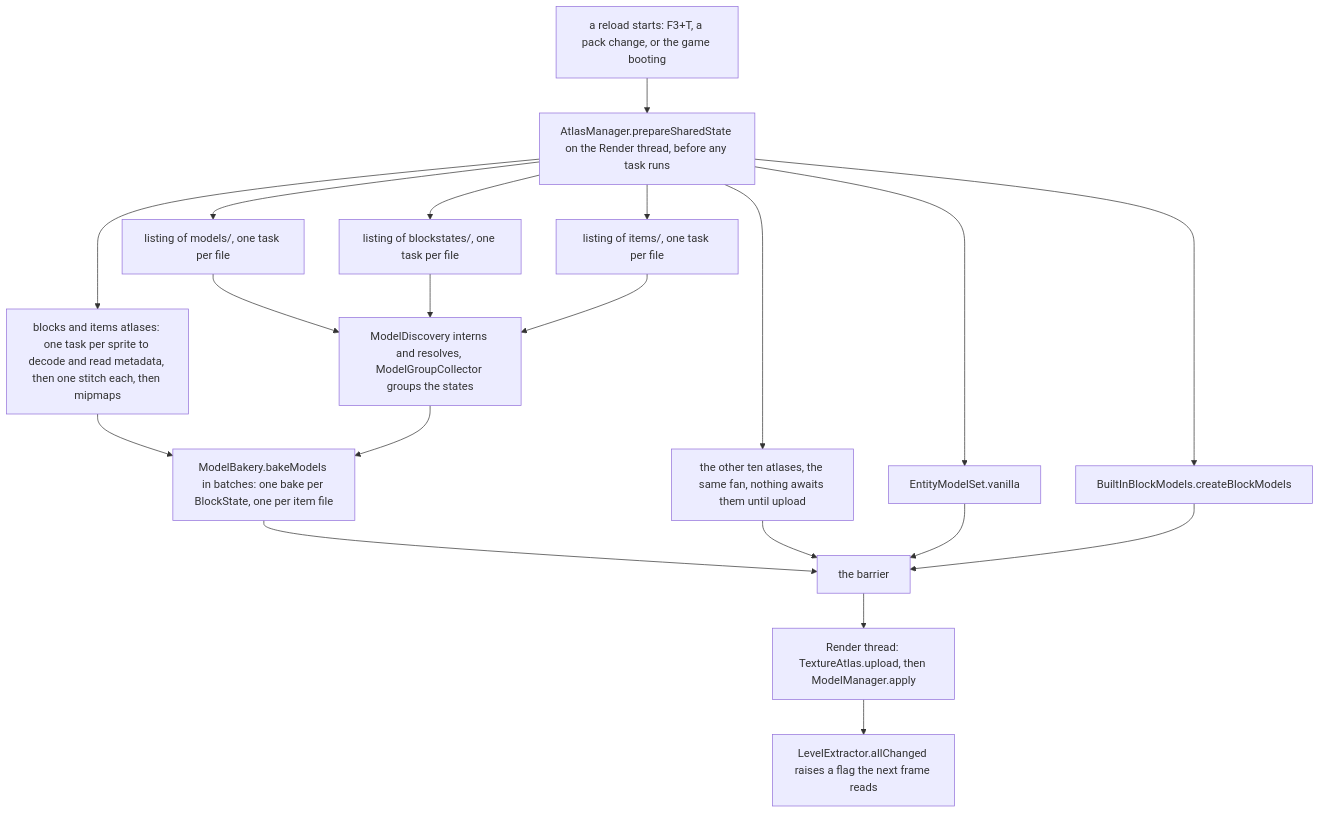
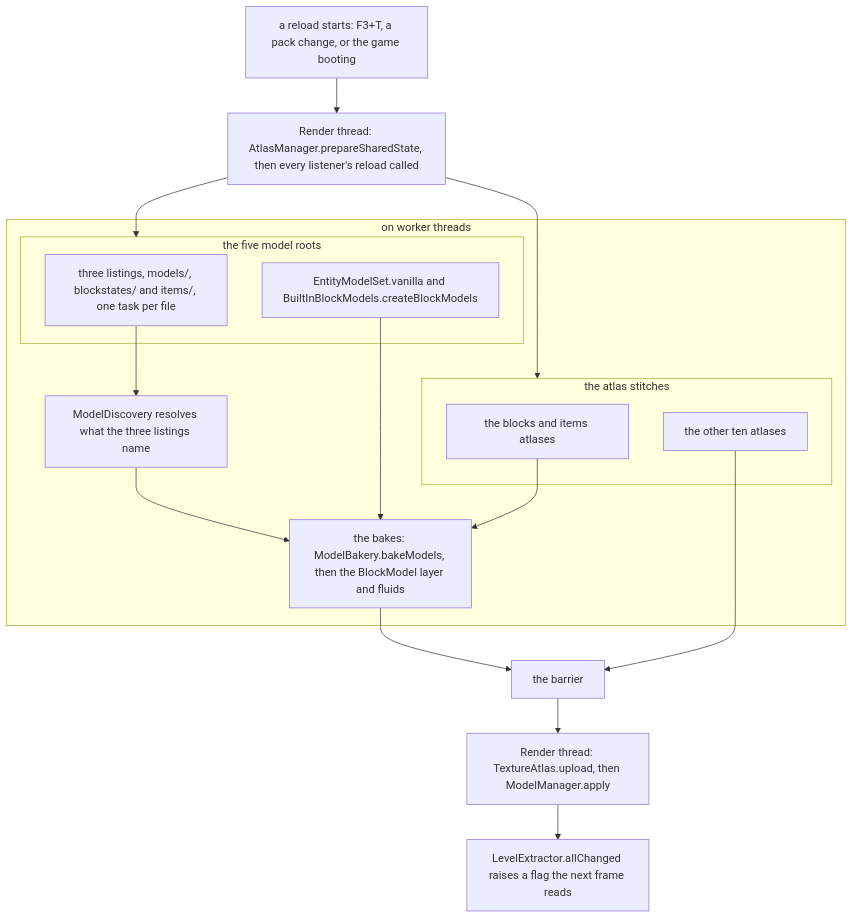
The diagram in src/systems/rendering/models-and-atlases.md (AlexanderjFraser/MinecraftDocs), drawn with Mermaid before and after one commit. The commit also changed other lines of this file and 18 other files, not shown here.

````diff
--- a/src/systems/rendering/models-and-atlases.md
+++ b/src/systems/rendering/models-and-atlases.md
@@ -43,23 +45,27 @@
 ```mermaid
 flowchart TD
     RL["a reload starts: F3+T, a pack change, or the game booting"]
-    HS["AtlasManager.prepareSharedState on the Render thread, before any task runs"]
-    S1["blocks and items atlases: one task per sprite to decode and read metadata, then one stitch each, then mipmaps"]
-    S2["the other ten atlases, the same fan, nothing awaits them until upload"]
-    L1["listing of models/, one task per file"]
-    L2["listing of blockstates/, one task per file"]
-    L3["listing of items/, one task per file"]
-    L4["EntityModelSet.vanilla"]
-    L5["BuiltInBlockModels.createBlockModels"]
-    RES["ModelDiscovery interns and resolves, ModelGroupCollector groups the states"]
-    BAKE["ModelBakery.bakeModels in batches: one bake per BlockState, one per item file"]
+    HS["Render thread: AtlasManager.prepareSharedState, then every listener's reload called"]
+    subgraph W["on worker threads"]
+        subgraph AT["the atlas stitches"]
+            S1["the blocks and items atlases"]
+            S2["the other ten atlases"]
+        end
+        subgraph MR["the five model roots"]
+            LST["three listings, models/, blockstates/ and items/, one task per file"]
+            ONE["EntityModelSet.vanilla and BuiltInBlockModels.createBlockModels"]
+        end
+        RES["ModelDiscovery resolves what the three listings name"]
+        BAKE["the bakes: ModelBakery.bakeModels, then the BlockModel layer and fluids"]
+    end
     BAR["the barrier"]
     UP["Render thread: TextureAtlas.upload, then ModelManager.apply"]
     INV["LevelExtractor.allChanged raises a flag the next frame reads"]
     RL --> HS
-    HS --> S1 & S2 & L1 & L2 & L3 & L4 & L5
-    L1 & L2 & L3 --> RES
-    S1 & RES --> BAKE
-    BAKE & S2 & L4 & L5 --> BAR
+    HS --> AT
+    HS --> MR
+    LST --> RES
+    S1 & RES & ONE --> BAKE
+    BAKE & S2 --> BAR
     BAR --> UP --> INV
 ```
````
